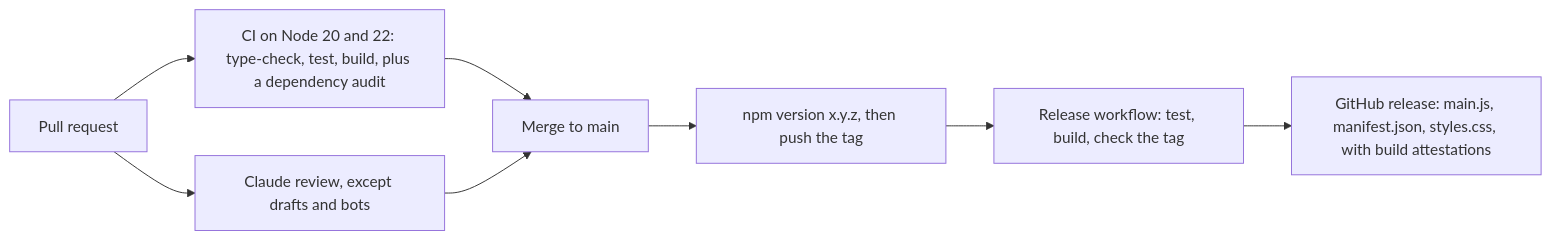
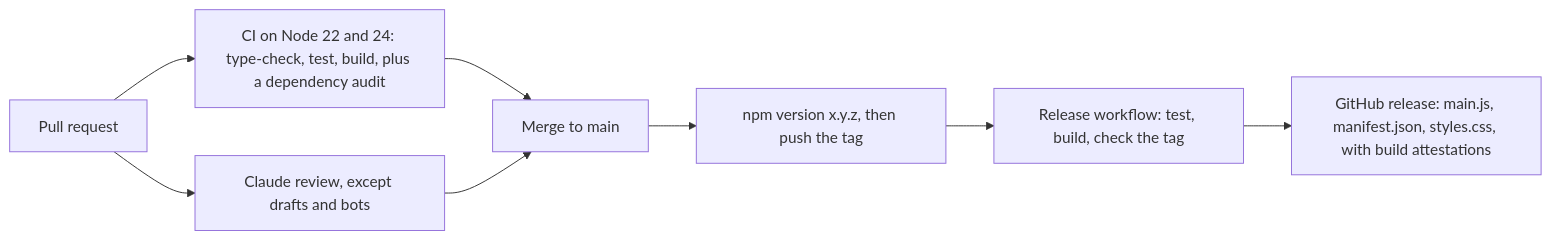
One commit to MYounas126/recall-lab changed the diagram in docs/development.md. Above: the diagram before and after it, drawn with Mermaid. The commit also changed other lines of this file and 6 other files, not shown here.

First line of the commit message:
Build on Node 22 and 24; keep Node's types on 22

````diff
--- a/docs/development.md
+++ b/docs/development.md
@@ -63,10 +63,10 @@
 ```mermaid
 flowchart LR
-    PR["Pull request"] --> CI["CI on Node 20 and 22: type-check, test, build, plus a dependency audit"]
+    PR["Pull request"] --> CI["CI on Node 22 and 24: type-check, test, build, plus a dependency audit"]
     PR --> CR["Claude review, except drafts and bots"]
     CI --> M["Merge to main"]
     CR --> M
     M --> T["npm version x.y.z, then push the tag"]
     T --> R["Release workflow: test, build, check the tag"]
     R --> G["GitHub release: main.js, manifest.json, styles.css, with build attestations"]
 ```
````
